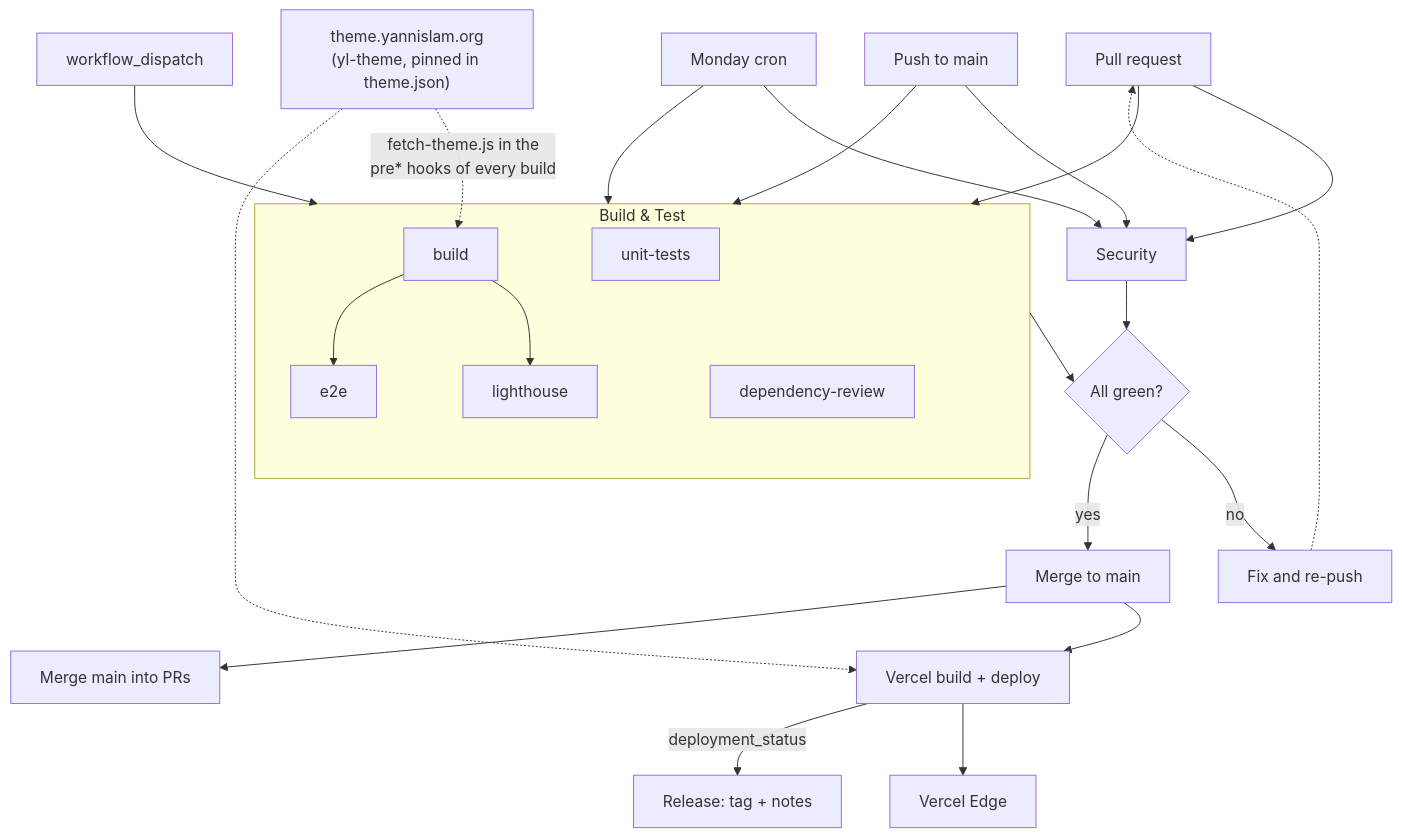
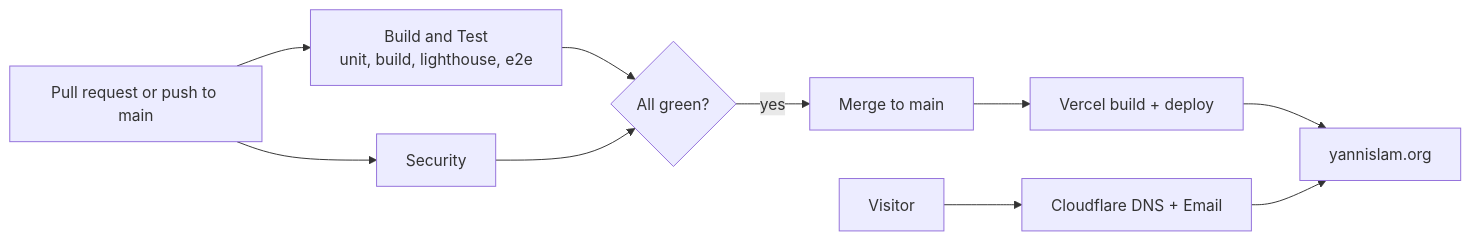
Before and after one commit to AardeYamz/v3.yannislam.org: the second of 2 diagrams in README.md, drawn with Mermaid. The commit also changed other lines of this file and 3 other files, not shown here.

First line of the commit message:
Shorten README: architecture diagram, related-repos table, layout

````diff
--- a/README.md
+++ b/README.md
@@ -306,33 +38,9 @@
 ```mermaid
-flowchart TB
-    PR["Pull request"] --> CI
-    Push["Push to main"] --> CI
-    Cron["Monday cron"] --> CI
-    Manual["workflow_dispatch"] --> CI
-
-    subgraph CI["Build & Test"]
-        Unit["unit-tests"]
-        Build["build"]
-        Lighthouse["lighthouse"]
-        E2E["e2e"]
-        DepReview["dependency-review"]
-        Build --> Lighthouse & E2E
-    end
-
+flowchart LR
+    PR["Pull request or push to main"] --> CI["Build and Test<br/>unit, build, lighthouse, e2e"]
     PR --> Sec["Security"]
-    Push --> Sec
-    Cron --> Sec
-
     CI & Sec --> Gate{"All green?"}
-    Gate -->|"no"| Fix["Fix and re-push"]
-    Fix -.-> PR
     Gate -->|"yes"| Merge["Merge to main"]
-
-    ThemeHost["theme.yannislam.org<br/>(yl-theme, pinned in theme.json)"] -.->|"fetch-theme.js in the<br/>pre* hooks of every build"| Build
-    ThemeHost -.-> Vercel
-
-    Merge --> Vercel["Vercel build + deploy"]
-    Vercel --> Edge["Vercel Edge"]
-    Vercel -->|"deployment_status"| Release["Release: tag + notes"]
-    Merge --> Sync["Merge main into PRs"]
+    Merge --> Vercel["Vercel build + deploy"] --> Edge["yannislam.org"]
+    Visitor["Visitor"] --> CF["Cloudflare DNS + Email"] --> Edge
 ```
````
